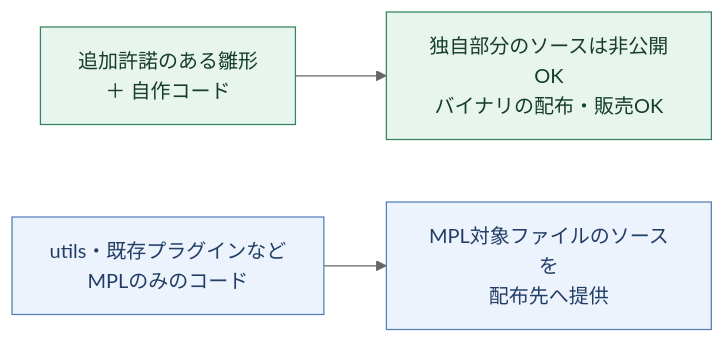
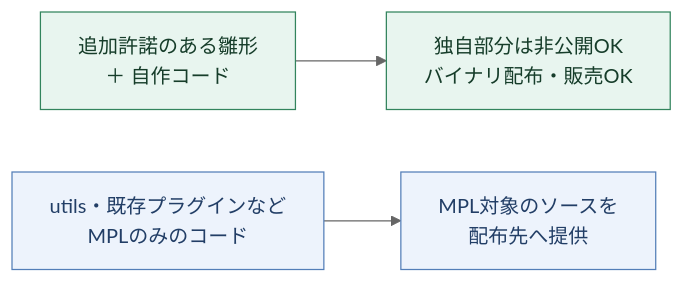
One commit to Aodaruma/aod-AE-plugin changed the first of 2 diagrams in LICENSING.md. Above: the diagram before and after it, drawn with Mermaid (neutral theme). The commit also changed other lines of this file, not shown here.

Commit message:
DOCS: Keep licensing diagram labels compact

````diff
--- a/LICENSING.md
+++ b/LICENSING.md
@@ -13,9 +13,9 @@
 ```mermaid
 flowchart LR
-    template["追加許諾のある雛形<br/>＋ 自作コード"] --> private["独自部分のソースは非公開OK<br/>バイナリの配布・販売OK"]
-    mpl["utils・既存プラグインなど<br/>MPLのみのコード"] --> source["MPL対象ファイルのソースを<br/>配布先へ提供"]
+    template["追加許諾のある雛形<br/>＋ 自作コード"] --> private["独自部分は非公開OK<br/>バイナリ配布・販売OK"]
+    mpl["utils・既存プラグインなど<br/>MPLのみのコード"] --> source["MPL対象のソースを<br/>配布先へ提供"]
     classDef output fill:#e8f5ef,stroke:#32845d,color:#163d2a
     classDef covered fill:#edf3fc,stroke:#537eb8,color:#223e66
     class template,private output
     class mpl,source covered
 ```
````
